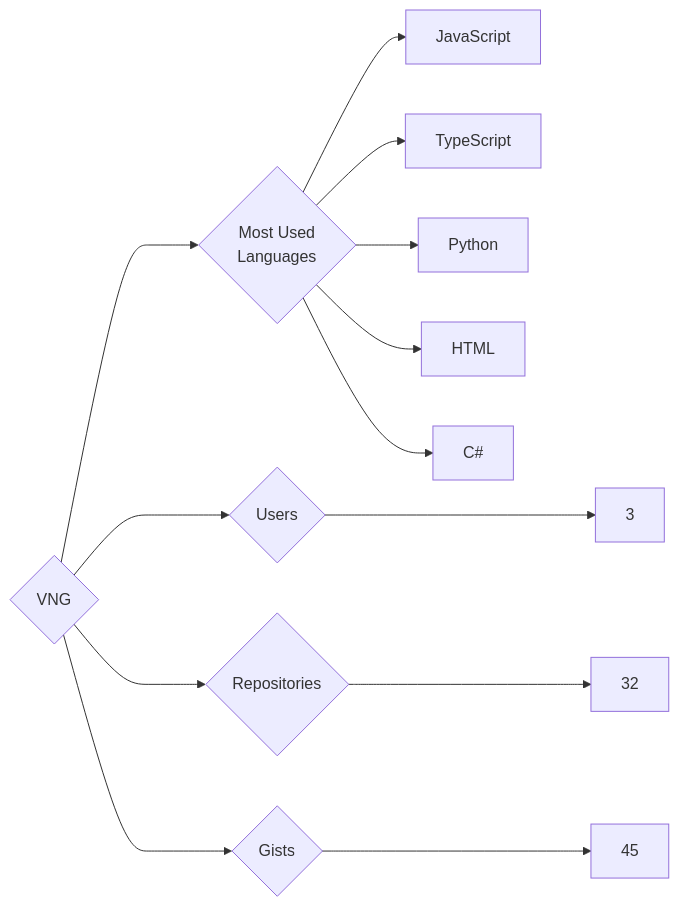
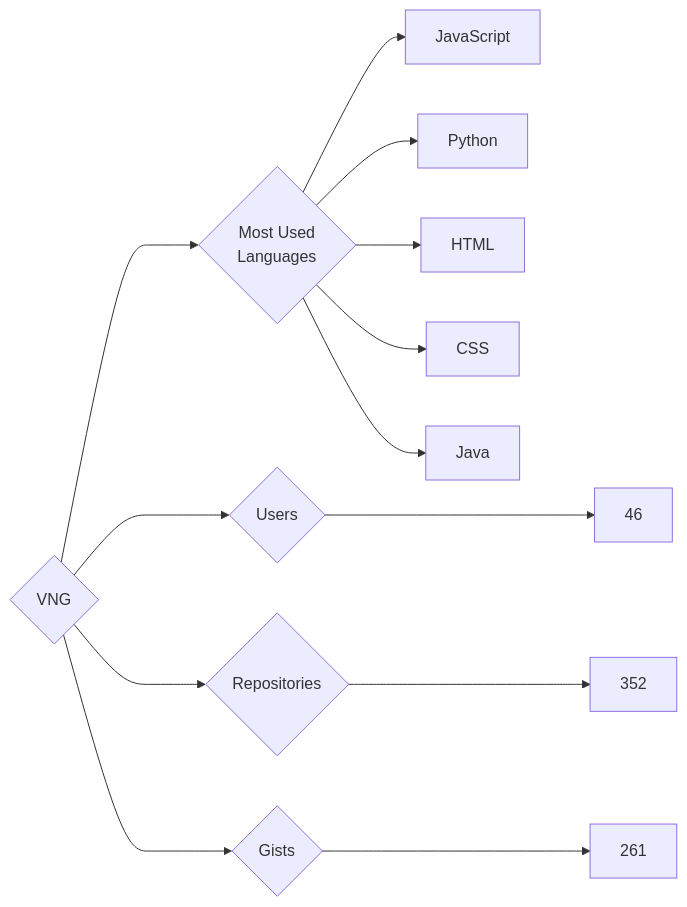
The diagram in targets/VNG/README.md (trickest/insiders), drawn with Mermaid before and after one commit. The commit also changed 787 other files, not shown here.

````diff
--- a/targets/VNG/README.md
+++ b/targets/VNG/README.md
@@ -3,13 +3,13 @@
 ```mermaid
 graph LR
 COMPANY_NAME{VNG}
-COMPANY_NAME ---> U{Users} ---> UN[3]
-COMPANY_NAME ---> R{Repositories} ---> RN[32]
-COMPANY_NAME ---> G{Gists} ---> GN[45]
+COMPANY_NAME ---> U{Users} ---> UN[46]
+COMPANY_NAME ---> R{Repositories} ---> RN[352]
+COMPANY_NAME ---> G{Gists} ---> GN[261]
 COMPANY_NAME ---> ML{Most Used<br>Languages}
 ML --> JavaScript[JavaScript]
-ML --> TypeScript[TypeScript]
 ML --> Python[Python]
 ML --> HTML[HTML]
-ML --> C#[C#]
+ML --> CSS[CSS]
+ML --> Java[Java]
 ```
````
